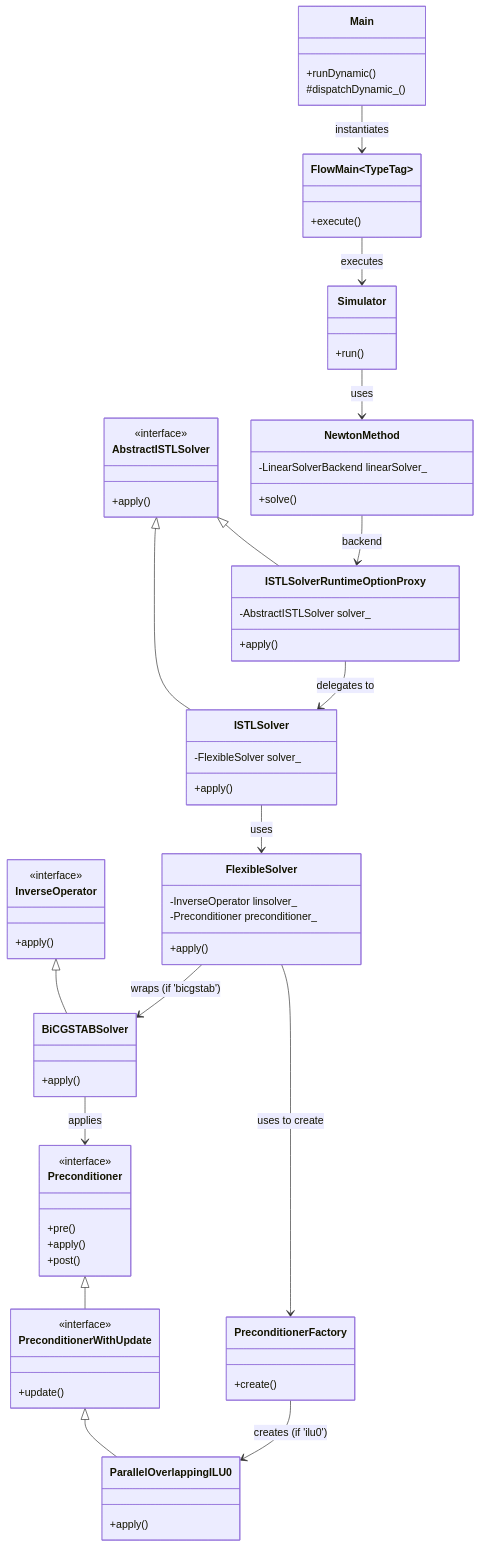
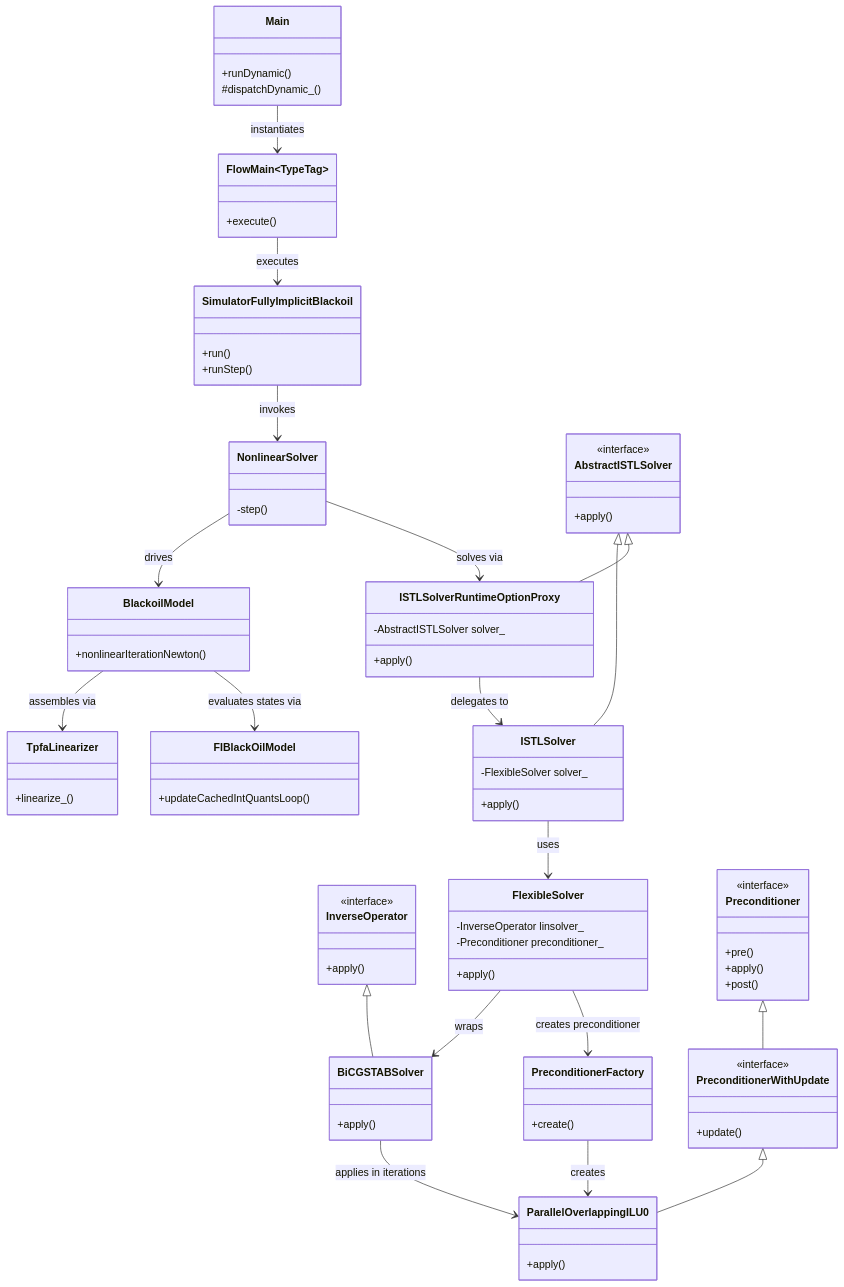
Before and after one commit to Liloosh/opm-simulators: the third of 3 diagrams in doc/bicgstab_ilu0_execution_flow.md, drawn with Mermaid. The commit also changed other lines of this file and 9 other files, not shown here.

Commit message:
docs: update bicgstab_ilu0_execution_flow.md with OpenMP multithreading flow and add CallStackLog.hpp

````diff
--- a/doc/bicgstab_ilu0_execution_flow.md
+++ b/doc/bicgstab_ilu0_execution_flow.md
@@ -75,12 +210,21 @@
     class FlowMain~TypeTag~ {
         +execute()
     }
-    class Simulator {
+    class SimulatorFullyImplicitBlackoil {
         +run()
+        +runStep()
     }
-    class NewtonMethod {
-        -LinearSolverBackend linearSolver_
-        +solve()
+    class NonlinearSolver {
+        -step()
+    }
+    class BlackoilModel {
+        +nonlinearIterationNewton()
+    }
+    class TpfaLinearizer {
+        +linearize_()
+    }
+    class FIBlackOilModel {
+        +updateCachedIntQuantsLoop()
     }
 
     %% Linear Solver Backend Hierarchy
@@ -139,13 +283,16 @@
 
     %% Composition / Associations
     Main --> FlowMain : instantiates
-    FlowMain --> Simulator : executes
-    Simulator --> NewtonMethod : uses
-    NewtonMethod --> ISTLSolverRuntimeOptionProxy : backend
+    FlowMain --> SimulatorFullyImplicitBlackoil : executes
+    SimulatorFullyImplicitBlackoil --> NonlinearSolver : invokes
+    NonlinearSolver --> BlackoilModel : drives
+    BlackoilModel --> TpfaLinearizer : assembles via
+    BlackoilModel --> FIBlackOilModel : evaluates states via
+    NonlinearSolver --> ISTLSolverRuntimeOptionProxy : solves via
     ISTLSolverRuntimeOptionProxy --> ISTLSolver : delegates to
     ISTLSolver --> FlexibleSolver : uses
-    FlexibleSolver --> BiCGSTABSolver : wraps (if 'bicgstab')
-    FlexibleSolver --> PreconditionerFactory : uses to create
-    PreconditionerFactory --> ParallelOverlappingILU0 : creates (if 'ilu0')
-    BiCGSTABSolver --> Preconditioner : applies
+    FlexibleSolver --> BiCGSTABSolver : wraps
+    FlexibleSolver --> PreconditionerFactory : creates preconditioner
+    PreconditionerFactory --> ParallelOverlappingILU0 : creates
+    BiCGSTABSolver --> ParallelOverlappingILU0 : applies in iterations
 ```
````
